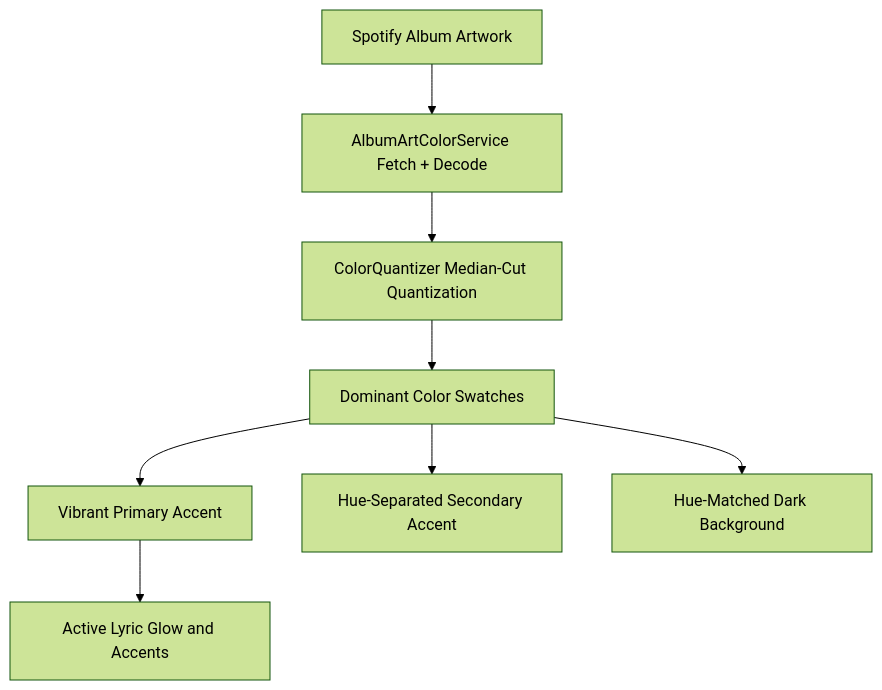
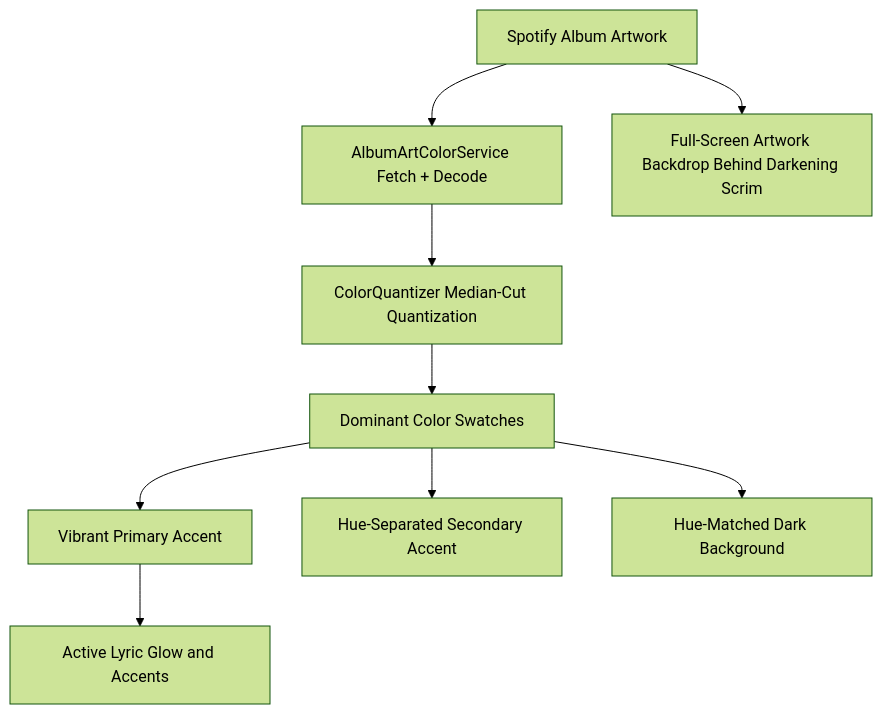
Before and after one commit to Brandon-Kimberly/Cantus: the first of 2 diagrams in docs/user-guide/theming.md, drawn with Mermaid (forest theme). The commit also changed other lines of this file and 4 other files, not shown here.

First line of the commit message:
feat(theming): add full-screen ambient artwork backdrop to Dynamic theme

````diff
--- a/docs/user-guide/theming.md
+++ b/docs/user-guide/theming.md
@@ -11,10 +11,11 @@
 ```mermaid
 flowchart TD
     Art[Spotify Album Artwork] --> Fetch[AlbumArtColorService Fetch + Decode]
     Fetch --> Quantize[ColorQuantizer Median-Cut Quantization]
     Quantize --> Swatches[Dominant Color Swatches]
     Swatches --> Primary[Vibrant Primary Accent]
     Swatches --> Secondary[Hue-Separated Secondary Accent]
     Swatches --> Background[Hue-Matched Dark Background]
     Primary --> ActiveLyric[Active Lyric Glow and Accents]
+    Art --> Backdrop[Full-Screen Artwork Backdrop Behind Darkening Scrim]
 ```
````
